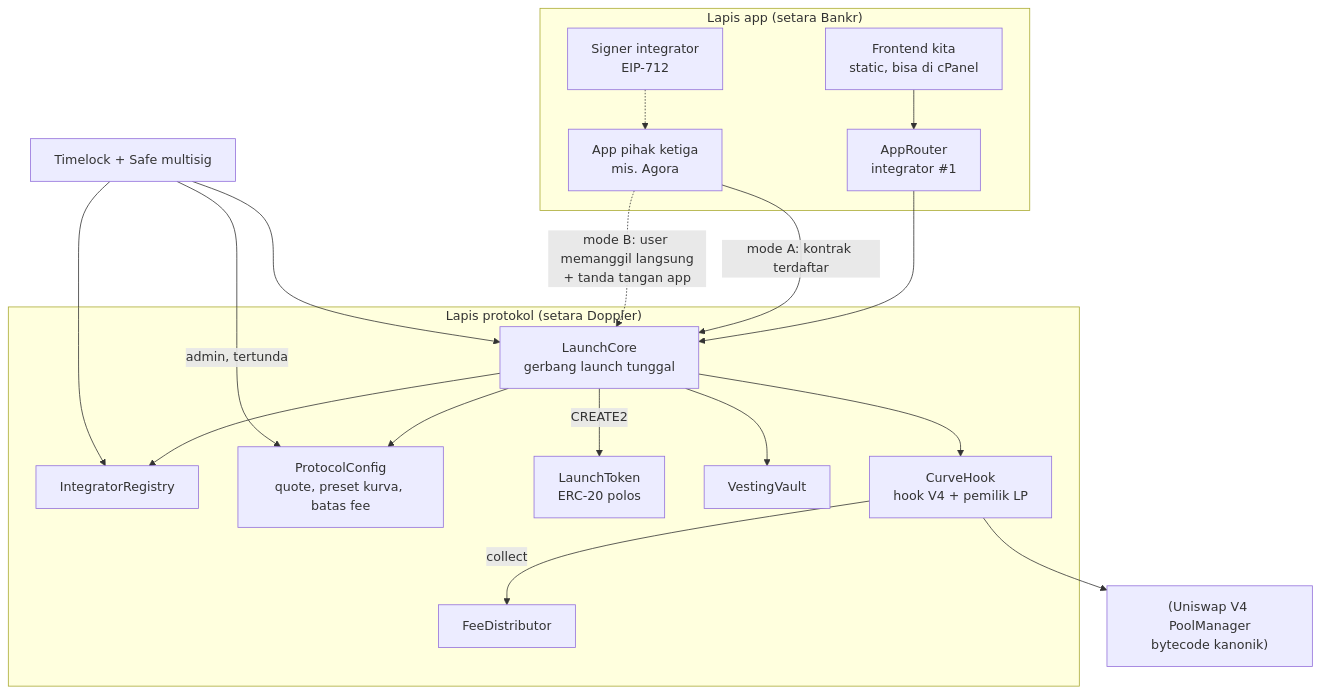
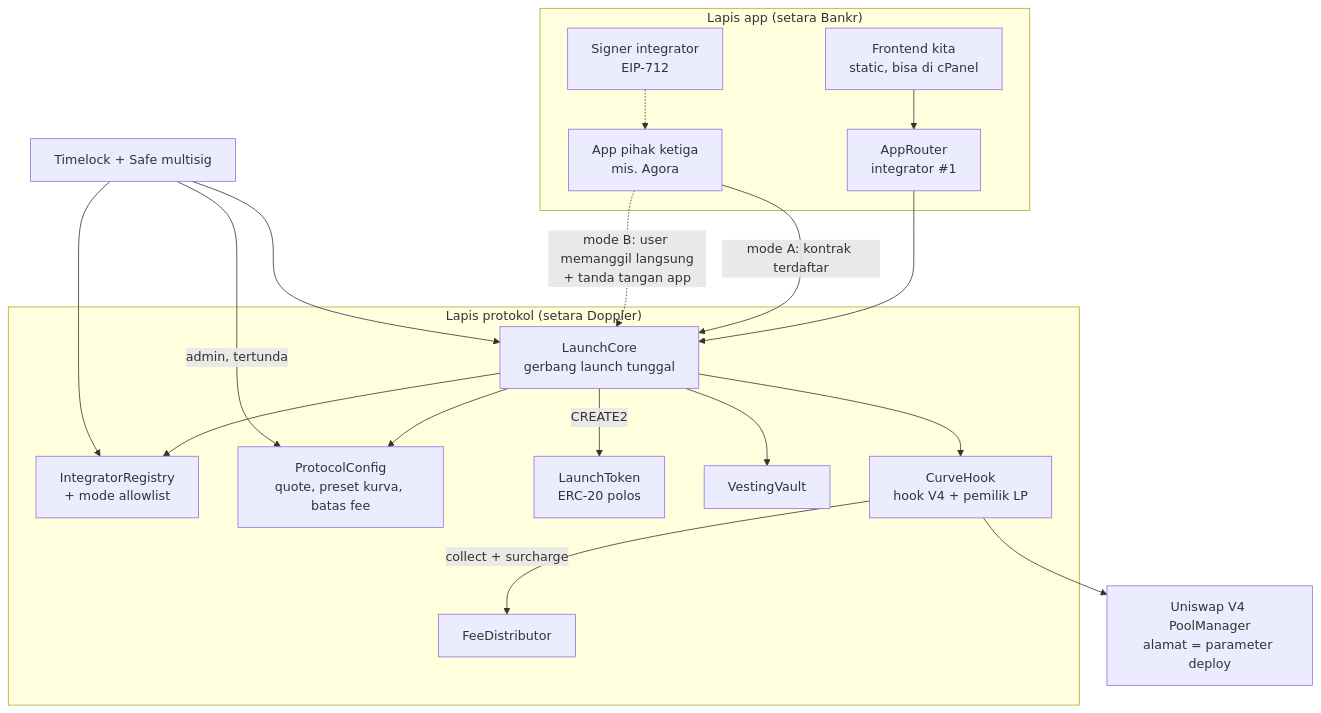
One commit to fdlr28/cpanelwpku changed the first of 3 diagrams in docs/desain/02-desain-arsitektur.md. Above: the diagram before and after it, drawn with Mermaid. The commit also changed other lines of this file and 2 other files, not shown here.

````diff
--- a/docs/desain/02-desain-arsitektur.md
+++ b/docs/desain/02-desain-arsitektur.md
@@ -25,34 +39,34 @@
 ```mermaid
 flowchart TB
   subgraph APP["Lapis app (setara Bankr)"]
     UI["Frontend kita<br/>static, bisa di cPanel"]
     AR["AppRouter<br/>integrator #1"]
     AG["App pihak ketiga<br/>mis. Agora"]
     SG["Signer integrator<br/>EIP-712"]
   end
   subgraph PROTO["Lapis protokol (setara Doppler)"]
     LC["LaunchCore<br/>gerbang launch tunggal"]
-    IR["IntegratorRegistry"]
+    IR["IntegratorRegistry<br/>+ mode allowlist"]
     PC["ProtocolConfig<br/>quote, preset kurva, batas fee"]
     TK["LaunchToken<br/>ERC-20 polos"]
     VV["VestingVault"]
     CH["CurveHook<br/>hook V4 + pemilik LP"]
     FD["FeeDistributor"]
   end
-  PM["(Uniswap V4 PoolManager<br/>bytecode kanonik)"]
+  PM["Uniswap V4 PoolManager<br/>alamat = parameter deploy"]
   TL["Timelock + Safe multisig"]
 
   UI --> AR --> LC
   AG -->|"mode A: kontrak terdaftar"| LC
   AG -.->|"mode B: user memanggil langsung<br/>+ tanda tangan app"| LC
   SG -.-> AG
   LC --> IR
   LC --> PC
   LC -->|"CREATE2"| TK
   LC --> VV
   LC --> CH --> PM
-  CH -->|"collect"| FD
+  CH -->|"collect + surcharge"| FD
   TL -->|"admin, tertunda"| PC
   TL --> IR
   TL --> LC
 ```
````
